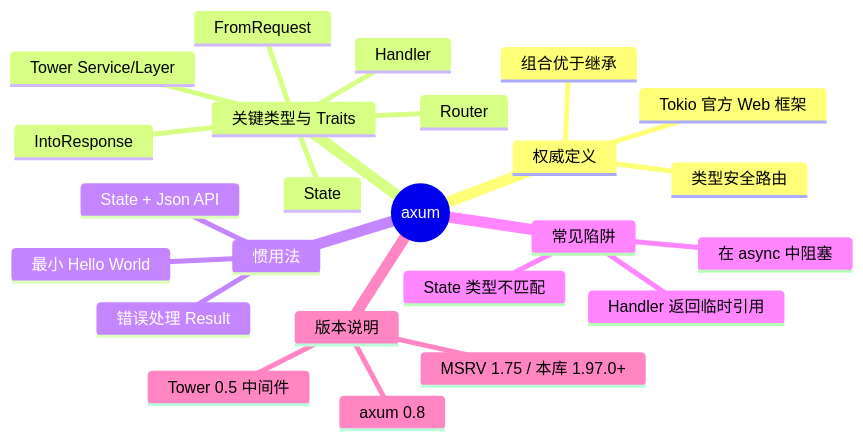
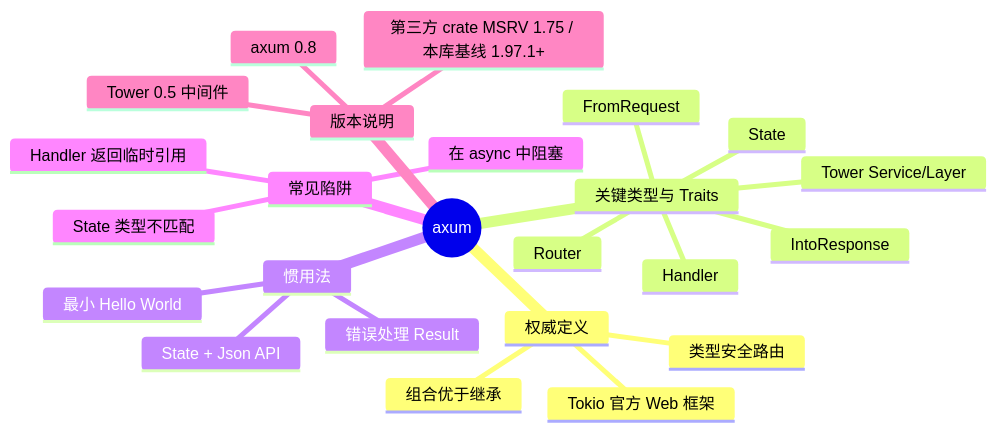
One commit to martin-ly/rust-lang changed the diagram in concept/06_ecosystem/02_core_crates/07_axum.md. Above: the diagram before and after it, drawn with Mermaid. The commit also changed 85 other files, not shown here.

````diff
--- a/concept/06_ecosystem/02_core_crates/07_axum.md
+++ b/concept/06_ecosystem/02_core_crates/07_axum.md
@@ -322,27 +322,27 @@
 ```mermaid
 mindmap
   root((axum))
     权威定义
       Tokio 官方 Web 框架
       类型安全路由
       组合优于继承
     关键类型与 Traits
       Router
       Handler
       FromRequest
       IntoResponse
       State
       Tower Service/Layer
     惯用法
       最小 Hello World
       State + Json API
       错误处理 Result<T, E>
     常见陷阱
       State 类型不匹配
       在 async 中阻塞
       Handler 返回临时引用
     版本说明
       axum 0.8
-      MSRV 1.75 / 本库 1.97.0+
+      第三方 crate MSRV 1.75 / 本库基线 1.97.1+
       Tower 0.5 中间件
 ```
````
